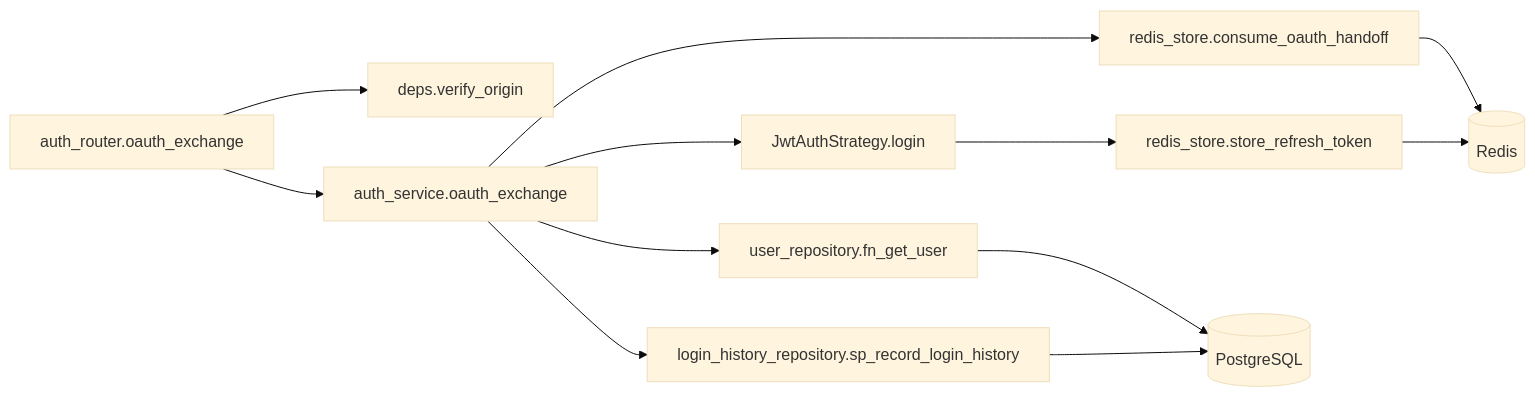
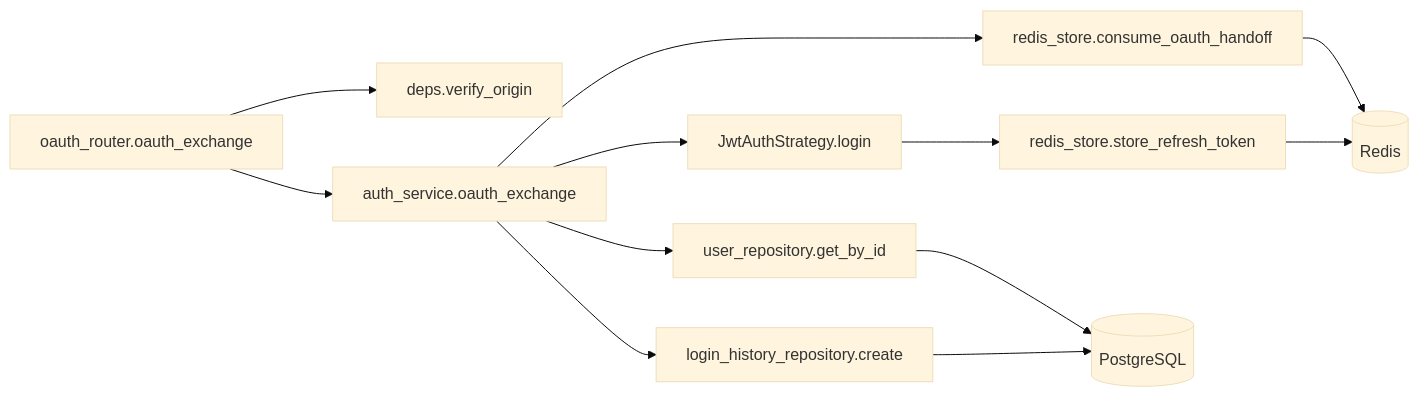
Before and after one commit to oikawa-d/task_management: the third of 4 diagrams in docs/detailed_design/api/auth/13_post_auth_oauth_exchange.md, drawn with Mermaid (base theme). The commit also changed other lines of this file and 20 other files, not shown here.

````diff
--- a/docs/detailed_design/api/auth/13_post_auth_oauth_exchange.md
+++ b/docs/detailed_design/api/auth/13_post_auth_oauth_exchange.md
@@ -249,14 +249,14 @@
 ```mermaid
 flowchart LR
-    R["auth_router.oauth_exchange"] --> D["deps.verify_origin"]
+    R["oauth_router.oauth_exchange"] --> D["deps.verify_origin"]
     R --> S["auth_service.oauth_exchange"]
     S --> RS1["redis_store.consume_oauth_handoff"]
-    S --> URP["user_repository.fn_get_user"]
+    S --> URP["user_repository.get_by_id"]
     S --> JWTS["JwtAuthStrategy.login"]
-    S --> LRP["login_history_repository.sp_record_login_history"]
+    S --> LRP["login_history_repository.create"]
     JWTS --> RS2["redis_store.store_refresh_token"]
     RS1 --> RD[("Redis")]
     RS2 --> RD
     URP --> PG[("PostgreSQL")]
     LRP --> PG
 ```
````
